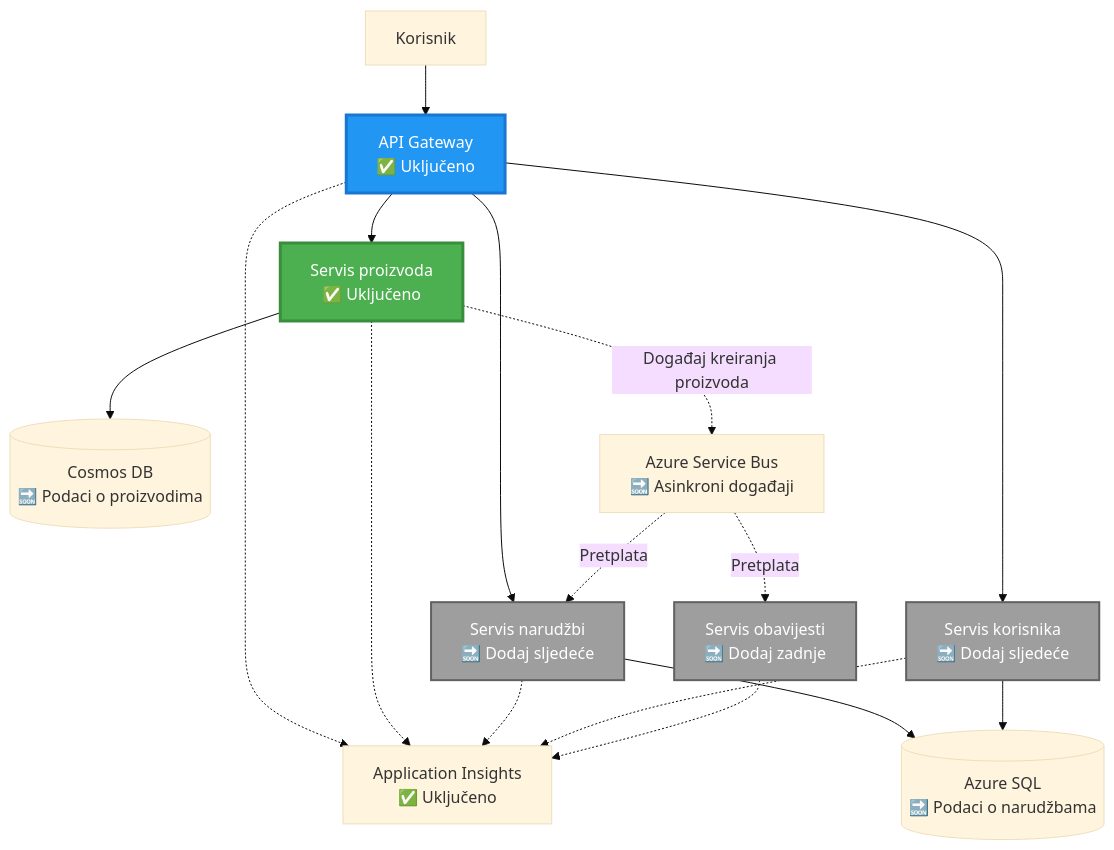
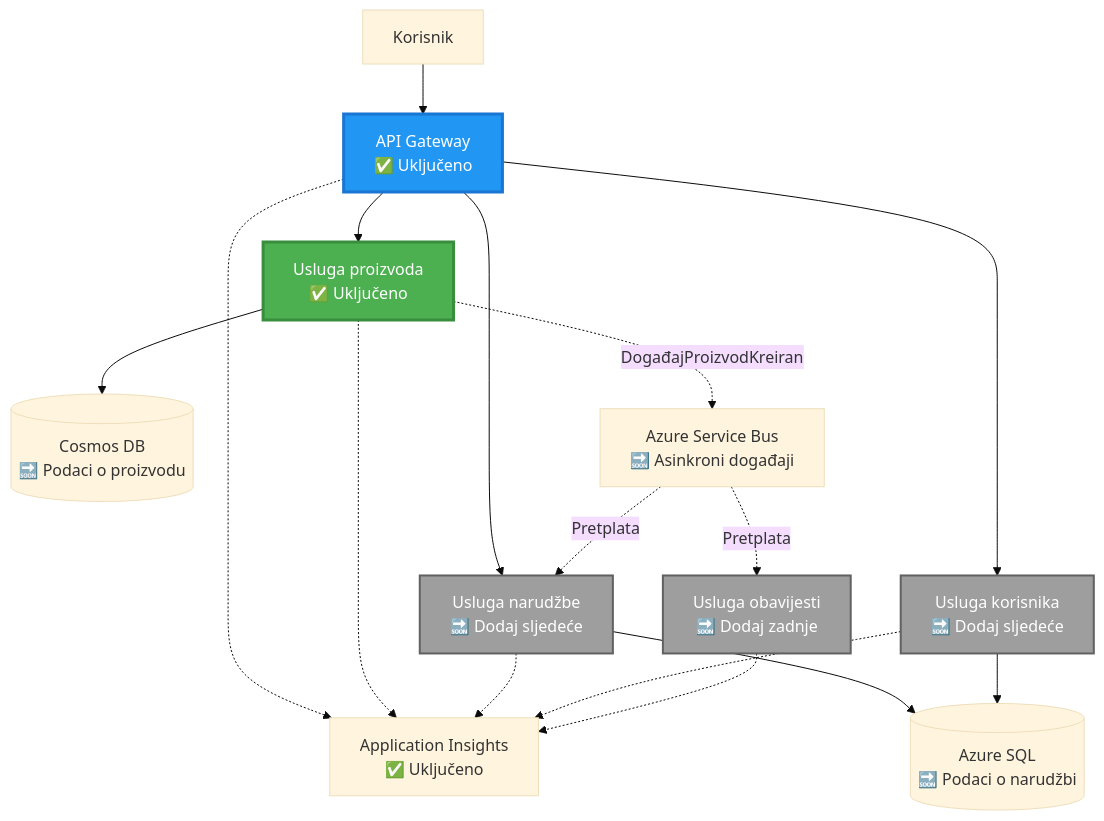
One commit to microsoft/AZD-for-beginners changed the second of 4 diagrams in translations/hr/examples/microservices/README.md. Above: the diagram before and after it, drawn with Mermaid (base theme). The commit also changed other lines of this file and 242 other files, not shown here.

````diff
--- a/translations/hr/examples/microservices/README.md
+++ b/translations/hr/examples/microservices/README.md
@@ -78,39 +69,39 @@
 ```mermaid
 graph TB
     User[Korisnik]
     Gateway[API Gateway<br/>✅ Uključeno]
-    Product[Servis proizvoda<br/>✅ Uključeno]
-    Order[Servis narudžbi<br/>🔜 Dodaj sljedeće]
-    UserSvc[Servis korisnika<br/>🔜 Dodaj sljedeće]
-    Notify[Servis obavijesti<br/>🔜 Dodaj zadnje]
+    Product[Usluga proizvoda<br/>✅ Uključeno]
+    Order[Usluga narudžbe<br/>🔜 Dodaj sljedeće]
+    UserSvc[Usluga korisnika<br/>🔜 Dodaj sljedeće]
+    Notify[Usluga obavijesti<br/>🔜 Dodaj zadnje]
     
-    CosmosDB[(Cosmos DB<br/>🔜 Podaci o proizvodima)]
-    AzureSQL[(Azure SQL<br/>🔜 Podaci o narudžbama)]
+    CosmosDB[(Cosmos DB<br/>🔜 Podaci o proizvodu)]
+    AzureSQL[(Azure SQL<br/>🔜 Podaci o narudžbi)]
     ServiceBus[Azure Service Bus<br/>🔜 Asinkroni događaji]
     AppInsights[Application Insights<br/>✅ Uključeno]
     
     User --> Gateway
     Gateway --> Product
     Gateway --> Order
     Gateway --> UserSvc
     
     Product --> CosmosDB
     Order --> AzureSQL
     UserSvc --> AzureSQL
     
-    Product -.->|Događaj kreiranja proizvoda| ServiceBus
+    Product -.->|DogađajProizvodKreiran| ServiceBus
     ServiceBus -.->|Pretplata| Notify
     ServiceBus -.->|Pretplata| Order
     
     Gateway -.-> AppInsights
     Product -.-> AppInsights
     Order -.-> AppInsights
     UserSvc -.-> AppInsights
     Notify -.-> AppInsights
     
     style Product fill:#4CAF50,stroke:#388E3C,stroke-width:3px,color:#fff
     style Gateway fill:#2196F3,stroke:#1976D2,stroke-width:3px,color:#fff
     style Order fill:#9E9E9E,stroke:#616161,stroke-width:2px,color:#fff
     style UserSvc fill:#9E9E9E,stroke:#616161,stroke-width:2px,color:#fff
     style Notify fill:#9E9E9E,stroke:#616161,stroke-width:2px,color:#fff
 ```
````
